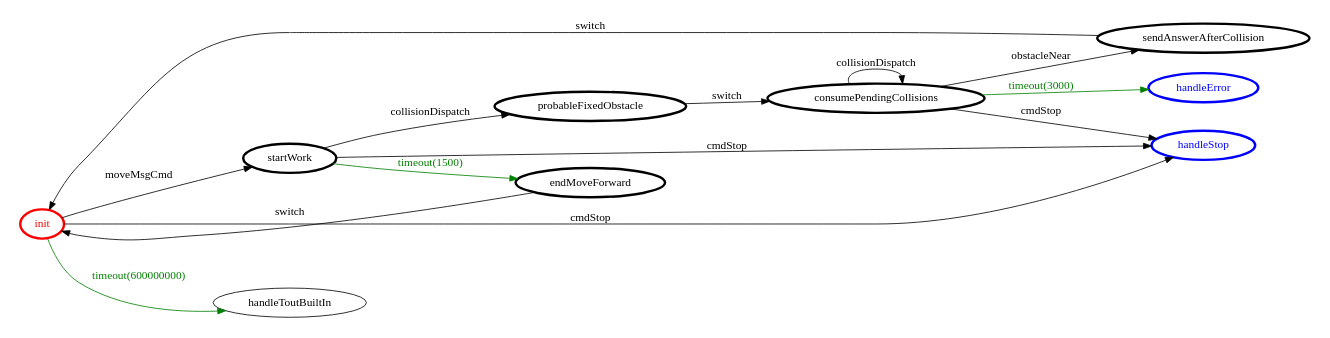
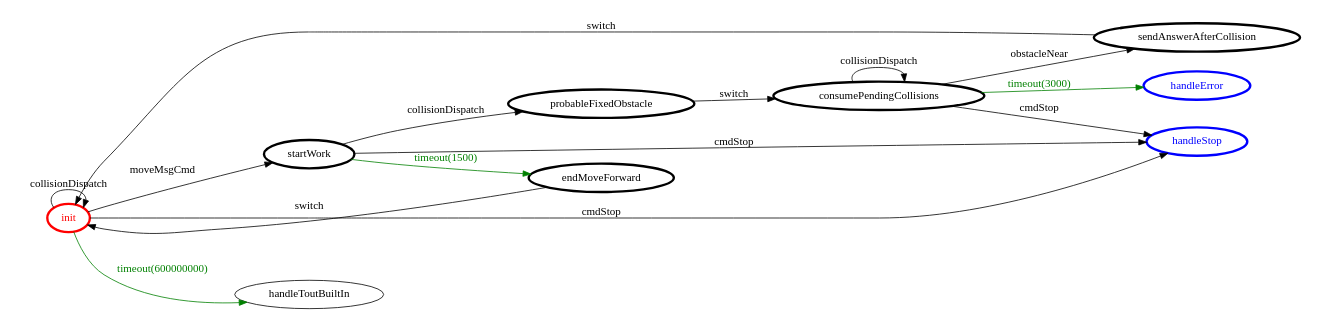
Before and after one commit to NiccoMlt/ISS-2018-Final-Task: the diagram in project/srcMore/it/unibo/onecellforward/onecellforward.gv, drawn with Graphviz. The commit also changed 11 other files, not shown here.

```diff
--- a/project/srcMore/it/unibo/onecellforward/onecellforward.gv
+++ b/project/srcMore/it/unibo/onecellforward/onecellforward.gv
@@ -1,34 +1,35 @@
 /*
 *
 * A GraphViz DOT FSM description 
 * Please use a GraphViz visualizer (like http://www.webgraphviz.com)
 *  
 */
 
 digraph finite_state_machine {
 	rankdir=LR
 	size="8,5"
 	
 	init [ color = red ][ fontcolor = red ][ penwidth = 3 ]
 	startWork [ color = black ][ fontcolor = black ][ penwidth = 3 ]
 	probableFixedObstacle [ color = black ][ fontcolor = black ][ penwidth = 3 ]
 	endMoveForward [ color = black ][ fontcolor = black ][ penwidth = 3 ]
 	sendAnswerAfterCollision [ color = black ][ fontcolor = black ][ penwidth = 3 ]
 	consumePendingCollisions [ color = black ][ fontcolor = black ][ penwidth = 3 ]
 	handleError [ color = blue ][ fontcolor = blue ][ penwidth = 3 ]
 	handleStop [ color = blue ][ fontcolor = blue ][ penwidth = 3 ]
 	
 	startWork -> handleStop [ label = "cmdStop" ][ color = black ][ fontcolor = black ]
 	probableFixedObstacle -> consumePendingCollisions [ label = "switch" ][ color = black ][ fontcolor = black ]
 	consumePendingCollisions -> handleError [ label = "timeout(3000)" ][ color = green ][ fontcolor = green ]
 	consumePendingCollisions -> consumePendingCollisions [ label = "collisionDispatch" ][ color = black ][ fontcolor = black ]
 	consumePendingCollisions -> handleStop [ label = "cmdStop" ][ color = black ][ fontcolor = black ]
 	startWork -> probableFixedObstacle [ label = "collisionDispatch" ][ color = black ][ fontcolor = black ]
+	init -> init [ label = "collisionDispatch" ][ color = black ][ fontcolor = black ]
 	init -> startWork [ label = "moveMsgCmd" ][ color = black ][ fontcolor = black ]
 	endMoveForward -> init [ label = "switch" ][ color = black ][ fontcolor = black ]
 	consumePendingCollisions -> sendAnswerAfterCollision [ label = "obstacleNear" ][ color = black ][ fontcolor = black ]
 	init -> handleStop [ label = "cmdStop" ][ color = black ][ fontcolor = black ]
 	startWork -> endMoveForward [ label = "timeout(1500)" ][ color = green ][ fontcolor = green ]
 	init -> handleToutBuiltIn [ label = "timeout(600000000)" ][ color = green ][ fontcolor = green ]
 	sendAnswerAfterCollision -> init [ label = "switch" ][ color = black ][ fontcolor = black ]
 }
```
